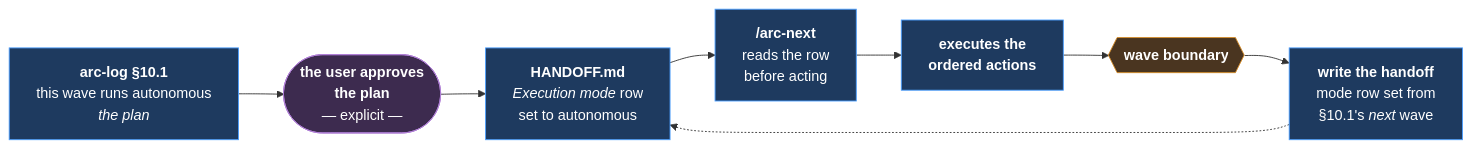
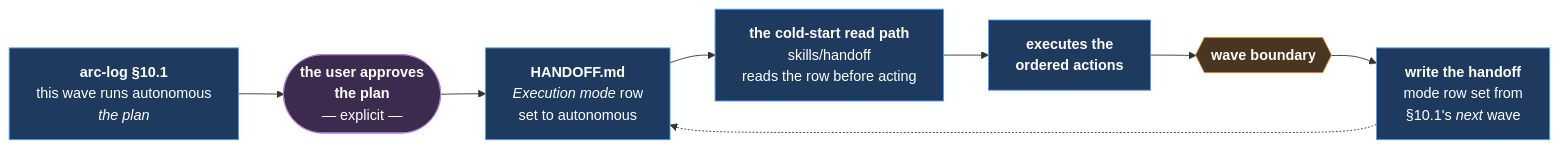
One commit to Calyx-Engineering/arc changed the third of 3 diagrams in docs/product-architecture/mechanisms/m40-autonomy-switch.md. Above: the diagram before and after it, drawn with Mermaid. The commit also changed other lines of this file and 11 other files, not shown here.

````diff
--- a/docs/product-architecture/mechanisms/m40-autonomy-switch.md
+++ b/docs/product-architecture/mechanisms/m40-autonomy-switch.md
@@ -122,16 +122,16 @@
 ```mermaid
 flowchart LR
     P["<b>arc-log §10.1</b><br/>this wave runs autonomous<br/><i>the plan</i>"] --> A(["<b>the user approves<br/>the plan</b><br/>— explicit —"])
     A --> H["<b>HANDOFF.md</b><br/><i>Execution mode</i> row<br/>set to autonomous"]
-    H --> S["<b>/arc-next</b><br/>reads the row<br/>before acting"]
+    H --> S["<b>the cold-start read path</b><br/>skills/handoff<br/>reads the row before acting"]
     S --> X["<b>executes the<br/>ordered actions</b>"]
     X --> B{{"<b>wave boundary</b>"}}
     B --> W["<b>write the handoff</b><br/>mode row set from<br/>§10.1's <i>next</i> wave"]
     W -.-> H
     classDef n fill:#1e3a5f,stroke:#4a9eff,color:#fff
     classDef u fill:#3d2b4f,stroke:#b07fd6,color:#fff
     classDef s fill:#4a3520,stroke:#d98f2b,color:#fff
     class P,H,S,X,W n
     class A u
     class B s
 ```
````
